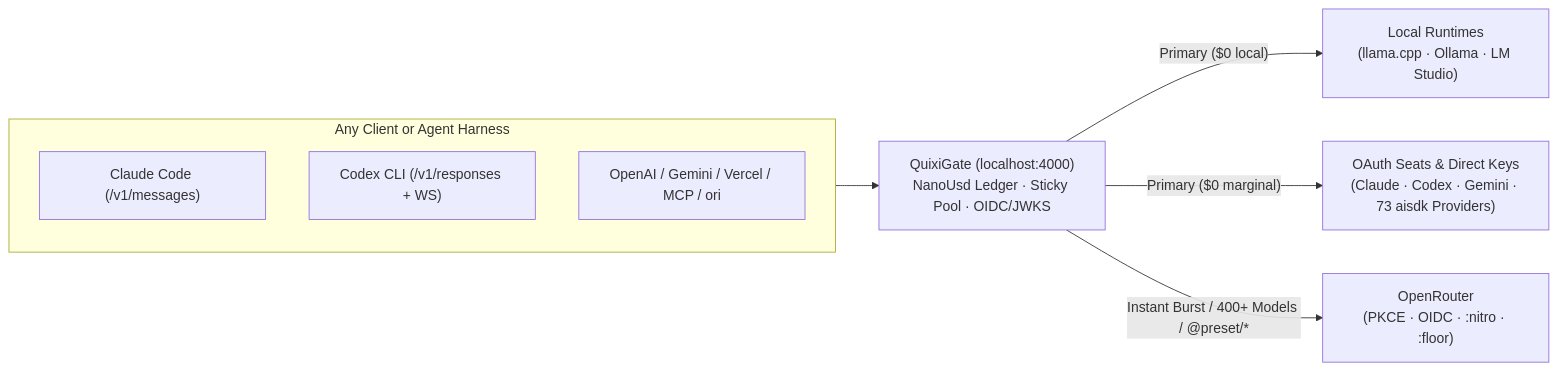
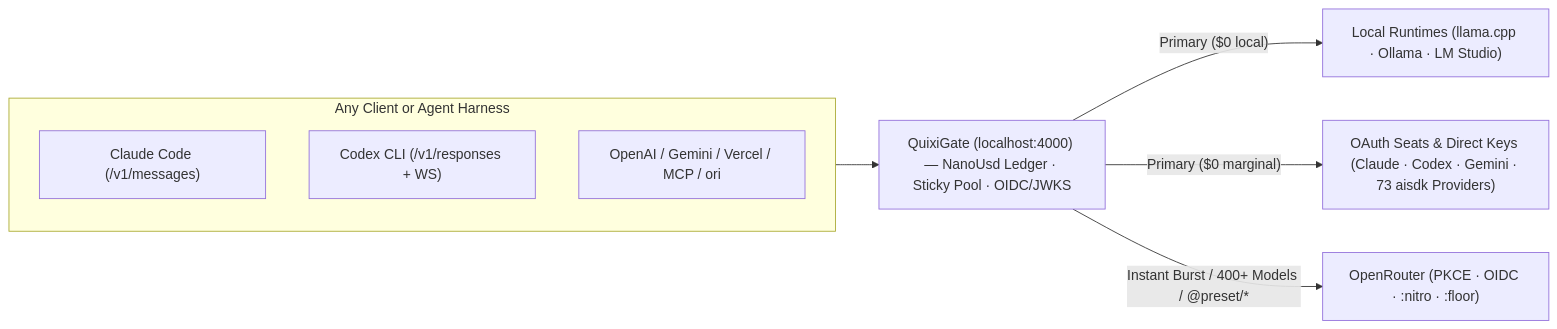
Before and after one commit to QuixiAI/QuixiGate: the diagram in README.md, drawn with Mermaid. The commit also changed other lines of this file, not shown here.

Commit message:
docs: polish README voice, move screenshots above quickstart, and clean up Mermaid/references

````diff
--- a/README.md
+++ b/README.md
@@ -102,14 +102,14 @@
 ```mermaid
 flowchart LR
     subgraph Clients["Any Client or Agent Harness"]
         CC["Claude Code (/v1/messages)"]
         CX["Codex CLI (/v1/responses + WS)"]
         OA["OpenAI / Gemini / Vercel / MCP / ori"]
     end
 
-    Clients --> QX["QuixiGate (localhost:4000)<br/>NanoUsd Ledger · Sticky Pool · OIDC/JWKS"]
+    Clients --> QX["QuixiGate (localhost:4000) — NanoUsd Ledger · Sticky Pool · OIDC/JWKS"]
 
-    QX -->|"Primary ($0 local)"| Local["Local Runtimes<br/>(llama.cpp · Ollama · LM Studio)"]
-    QX -->|"Primary ($0 marginal)"| Subs["OAuth Seats & Direct Keys<br/>(Claude · Codex · Gemini · 73 aisdk Providers)"]
-    QX -->|"Instant Burst / 400+ Models / @preset/*"| OR["OpenRouter<br/>(PKCE · OIDC · :nitro · :floor)"]
+    QX -->|"Primary ($0 local)"| Local["Local Runtimes (llama.cpp · Ollama · LM Studio)"]
+    QX -->|"Primary ($0 marginal)"| Subs["OAuth Seats & Direct Keys (Claude · Codex · Gemini · 73 aisdk Providers)"]
+    QX -->|"Instant Burst / 400+ Models / @preset/*"| OR["OpenRouter (PKCE · OIDC · :nitro · :floor)"]
 ```
````
